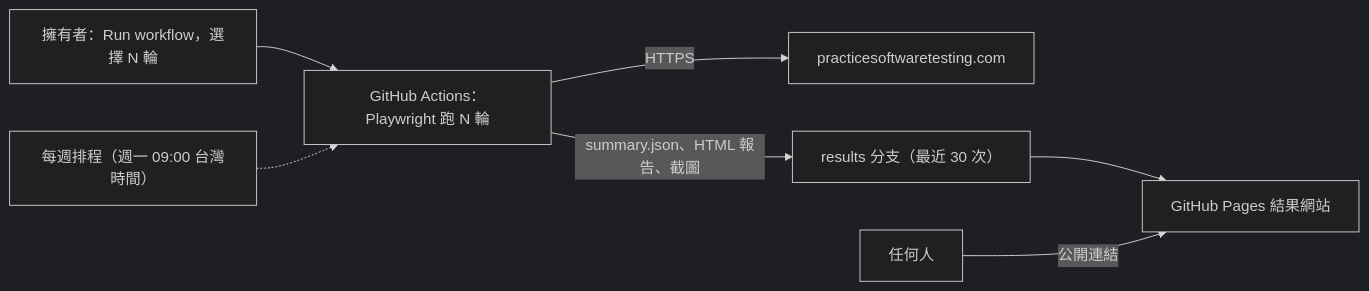
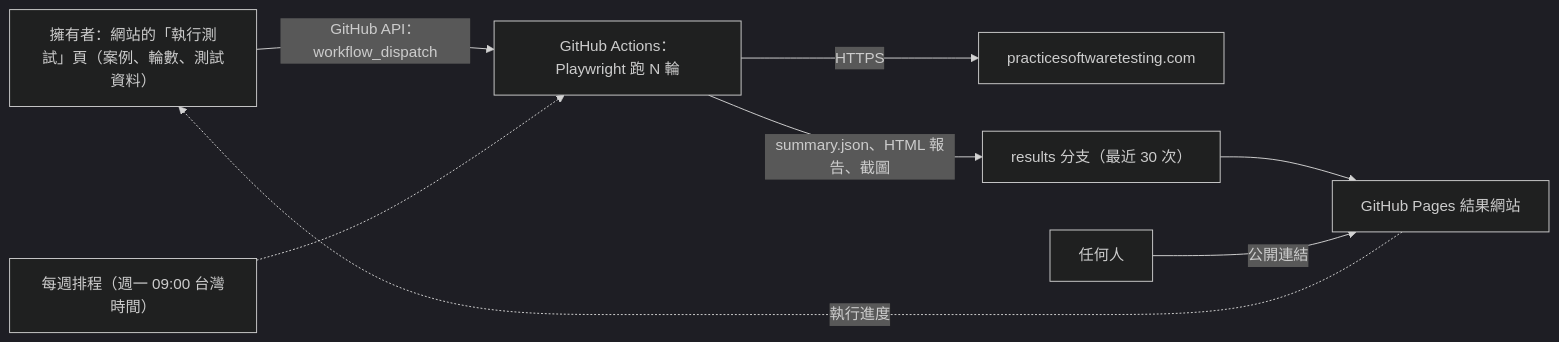
One commit to NTCloudy/playwright-e2e-dashboard changed the diagram in README.zh-TW.md. Above: the diagram before and after it, drawn with Mermaid (dark theme). The commit also changed other lines of this file and 31 other files, not shown here.

````diff
--- a/README.zh-TW.md
+++ b/README.zh-TW.md
@@ -53,9 +61,10 @@
 ```mermaid
 flowchart LR
-    O["擁有者：Run workflow，選擇 N 輪"] --> A["GitHub Actions：Playwright 跑 N 輪"]
+    O["擁有者：網站的「執行測試」頁（案例、輪數、測試資料）"] -->|"GitHub API：workflow_dispatch"| A["GitHub Actions：Playwright 跑 N 輪"]
     S["每週排程（週一 09:00 台灣時間）"] -.-> A
     A -->|HTTPS| T["practicesoftwaretesting.com"]
     A -->|"summary.json、HTML 報告、截圖"| R["results 分支（最近 30 次）"]
     R --> P["GitHub Pages 結果網站"]
+    P -.->|"執行進度"| O
     V["任何人"] -->|公開連結| P
 ```
````
